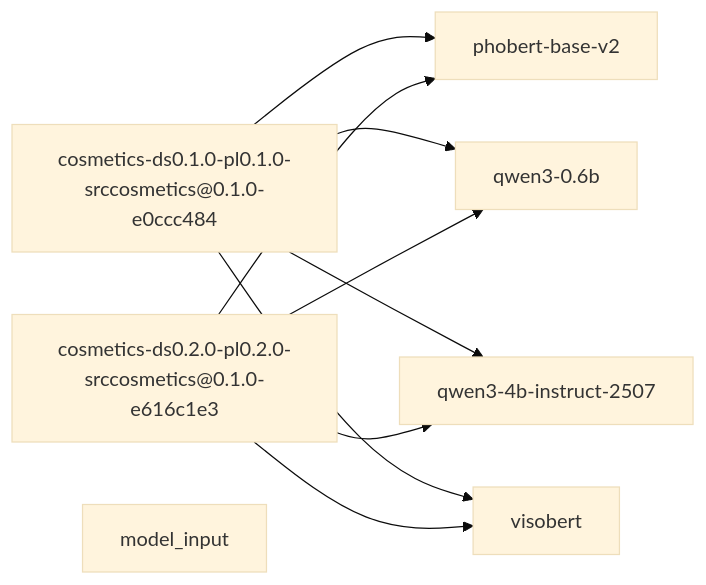
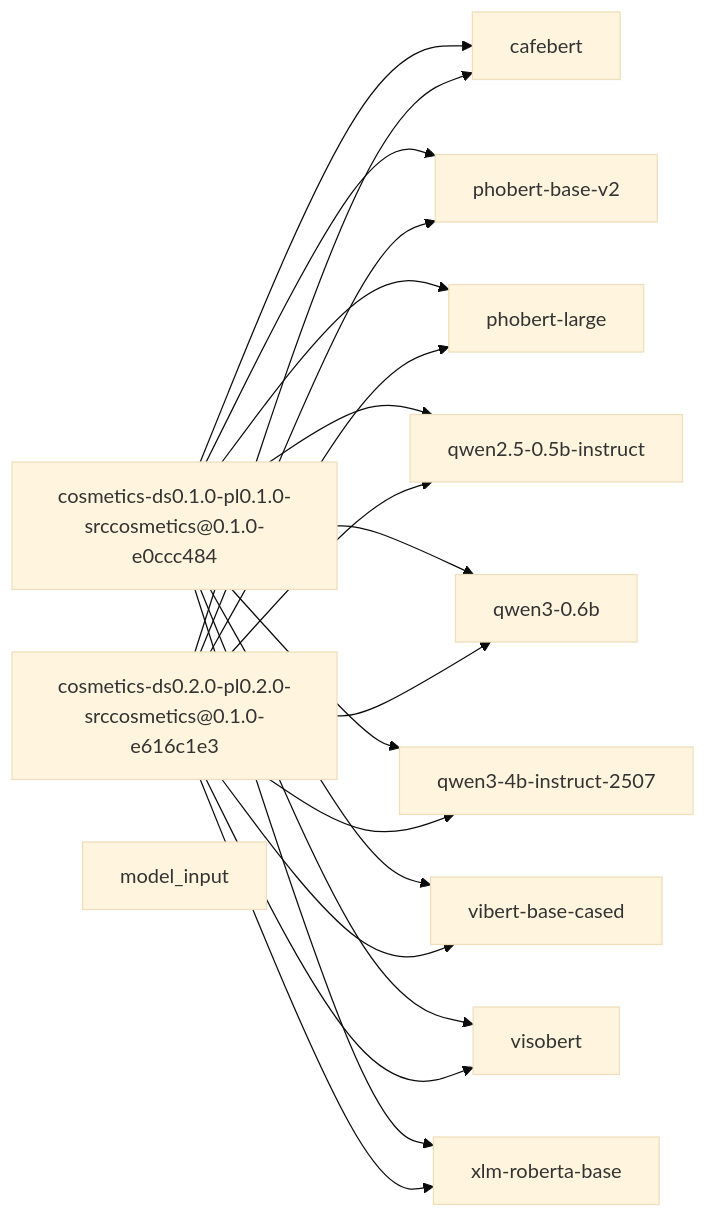
The diagram in data/reports/model_input/model_input.md (TrieuKhac-dev/SentimentX), drawn with Mermaid (base theme) before and after one commit. The commit also changed 12 other files, not shown here.

````diff
--- a/data/reports/model_input/model_input.md
+++ b/data/reports/model_input/model_input.md
@@ -3,18 +3,33 @@
 ```mermaid
 graph LR
   n1["cosmetics-ds0.1.0-pl0.1.0-srccosmetics@0.1.0-e0ccc484"]
-  n2["phobert-base-v2"]
-  n3["qwen3-0.6b"]
-  n4["qwen3-4b-instruct-2507"]
-  n5["visobert"]
-  n6["cosmetics-ds0.2.0-pl0.2.0-srccosmetics@0.1.0-e616c1e3"]
-  n7["model_input"]
+  n2["cafebert"]
+  n3["phobert-base-v2"]
+  n4["phobert-large"]
+  n5["qwen2.5-0.5b-instruct"]
+  n6["qwen3-0.6b"]
+  n7["qwen3-4b-instruct-2507"]
+  n8["vibert-base-cased"]
+  n9["visobert"]
+  n10["xlm-roberta-base"]
+  n11["cosmetics-ds0.2.0-pl0.2.0-srccosmetics@0.1.0-e616c1e3"]
+  n12["model_input"]
   n1 --> n2
   n1 --> n3
   n1 --> n4
   n1 --> n5
-  n6 --> n2
-  n6 --> n3
-  n6 --> n4
-  n6 --> n5
+  n1 --> n6
+  n1 --> n7
+  n1 --> n8
+  n1 --> n9
+  n1 --> n10
+  n11 --> n2
+  n11 --> n3
+  n11 --> n4
+  n11 --> n5
+  n11 --> n6
+  n11 --> n7
+  n11 --> n8
+  n11 --> n9
+  n11 --> n10
 ```
````
